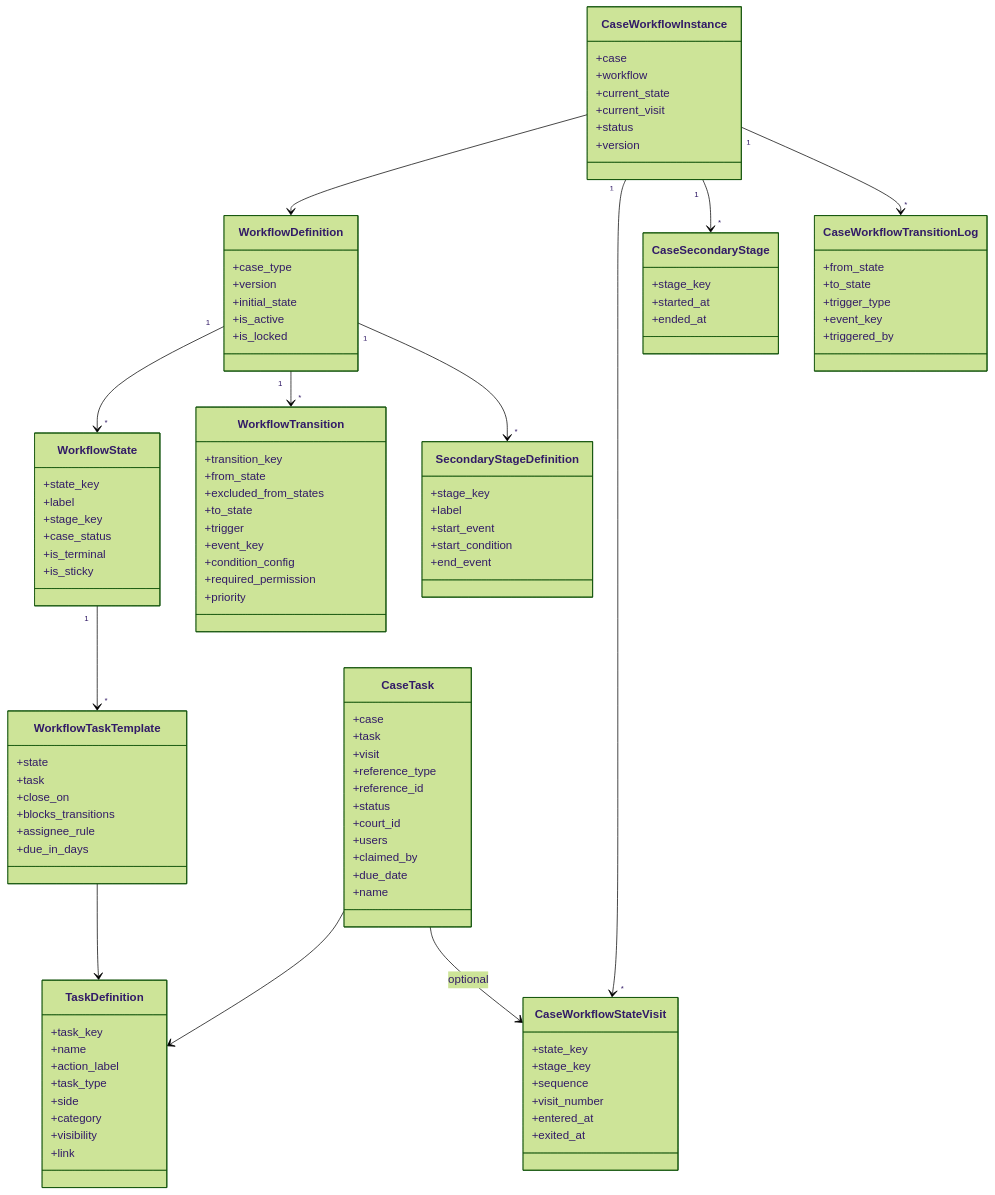
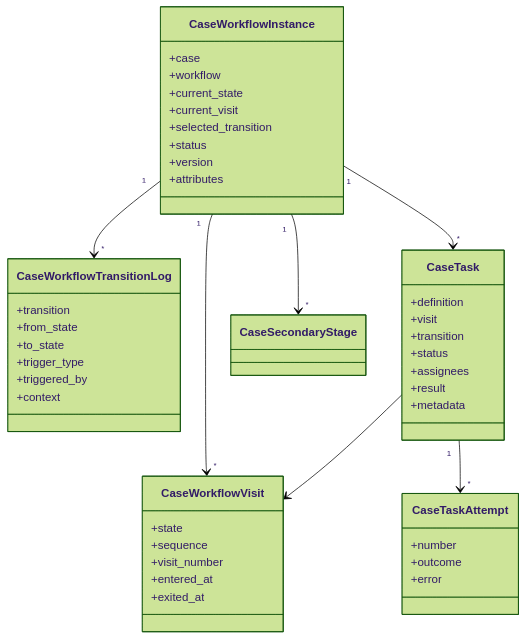
The second of 2 diagrams in spec/0011-case-workflows.md (pucardotorg/dristi-be), drawn with Mermaid (forest theme) before and after one commit. The commit also changed other lines of this file, not shown here.

Commit message:
Updated the case workflows

````diff
--- a/spec/0011-case-workflows.md
+++ b/spec/0011-case-workflows.md
@@ -146,106 +351,48 @@
 ```mermaid
 classDiagram
-    class WorkflowDefinition {
-        +case_type
-        +version
-        +initial_state
-        +is_active
-        +is_locked
-    }
-    class WorkflowState {
-        +state_key
-        +label
-        +stage_key
-        +case_status
-        +is_terminal
-        +is_sticky
-    }
-    class WorkflowTransition {
-        +transition_key
-        +from_state
-        +excluded_from_states
-        +to_state
-        +trigger
-        +event_key
-        +condition_config
-        +required_permission
-        +priority
-    }
-    class SecondaryStageDefinition {
-        +stage_key
-        +label
-        +start_event
-        +start_condition
-        +end_event
-    }
-    class TaskDefinition {
-        +task_key
-        +name
-        +action_label
-        +task_type
-        +side
-        +category
-        +visibility
-        +link
-    }
-    class WorkflowTaskTemplate {
-        +state
-        +task
-        +close_on
-        +blocks_transitions
-        +assignee_rule
-        +due_in_days
-    }
     class CaseWorkflowInstance {
         +case
         +workflow
         +current_state
         +current_visit
+        +selected_transition
         +status
         +version
+        +attributes
     }
-    class CaseWorkflowStateVisit {
-        +state_key
-        +stage_key
+    class CaseWorkflowVisit {
+        +state
         +sequence
         +visit_number
         +entered_at
         +exited_at
     }
-    class CaseSecondaryStage {
-        +stage_key
-        +started_at
-        +ended_at
-    }
-    class CaseTask {
-        +case
-        +task
-        +visit
-        +reference_type
-        +reference_id
-        +status
-        +court_id
-        +users
-        +claimed_by
-        +due_date
-        +name
-    }
     class CaseWorkflowTransitionLog {
+        +transition
         +from_state
         +to_state
         +trigger_type
-        +event_key
         +triggered_by
+        +context
     }
-    WorkflowDefinition "1" --> "*" WorkflowState
-    WorkflowDefinition "1" --> "*" WorkflowTransition
-    WorkflowDefinition "1" --> "*" SecondaryStageDefinition
-    WorkflowState "1" --> "*" WorkflowTaskTemplate
-    WorkflowTaskTemplate --> TaskDefinition
-    CaseWorkflowInstance --> WorkflowDefinition
-    CaseWorkflowInstance "1" --> "*" CaseWorkflowStateVisit
+    class CaseTask {
+        +definition
+        +visit
+        +transition
+        +status
+        +assignees
+        +result
+        +metadata
+    }
+    class CaseTaskAttempt {
+        +number
+        +outcome
+        +error
+    }
+    CaseWorkflowInstance "1" --> "*" CaseWorkflowVisit
+    CaseWorkflowInstance "1" --> "*" CaseWorkflowTransitionLog
+    CaseWorkflowInstance "1" --> "*" CaseTask
     CaseWorkflowInstance "1" --> "*" CaseSecondaryStage
-    CaseWorkflowInstance "1" --> "*" CaseWorkflowTransitionLog
-    CaseTask --> TaskDefinition
-    CaseTask --> CaseWorkflowStateVisit : optional
+    CaseTask "1" --> "*" CaseTaskAttempt
+    CaseTask --> CaseWorkflowVisit
 ```
````
